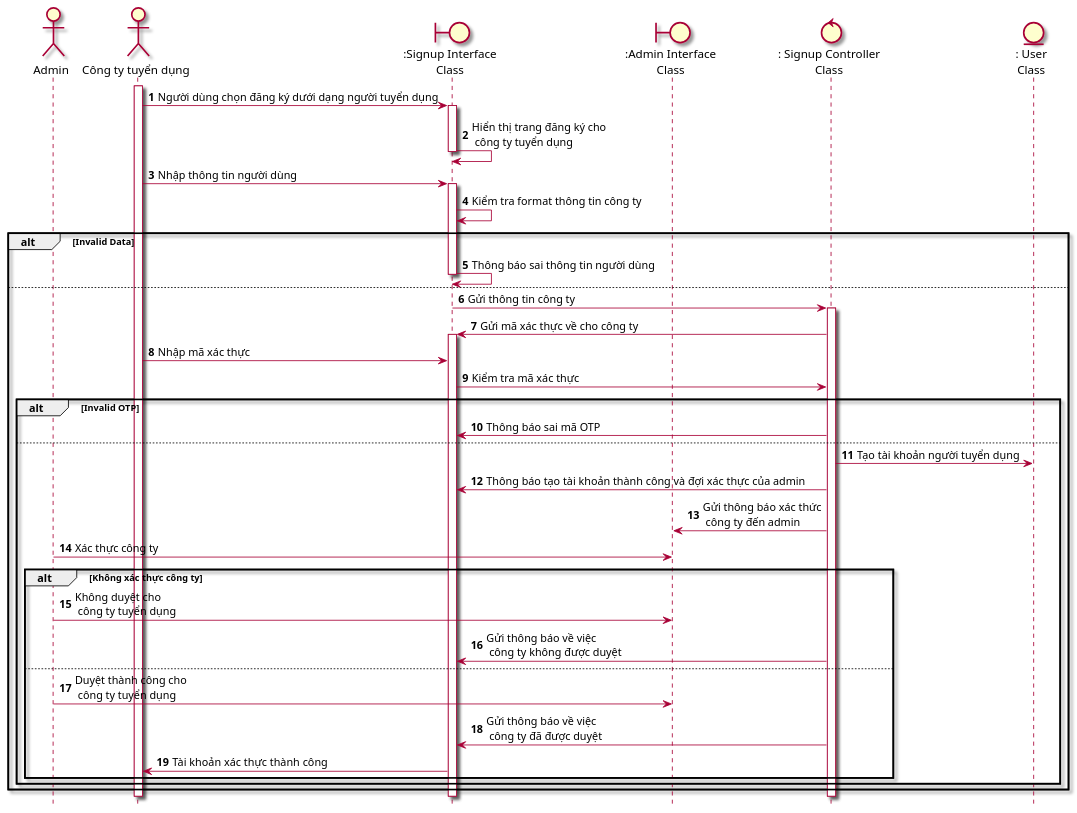
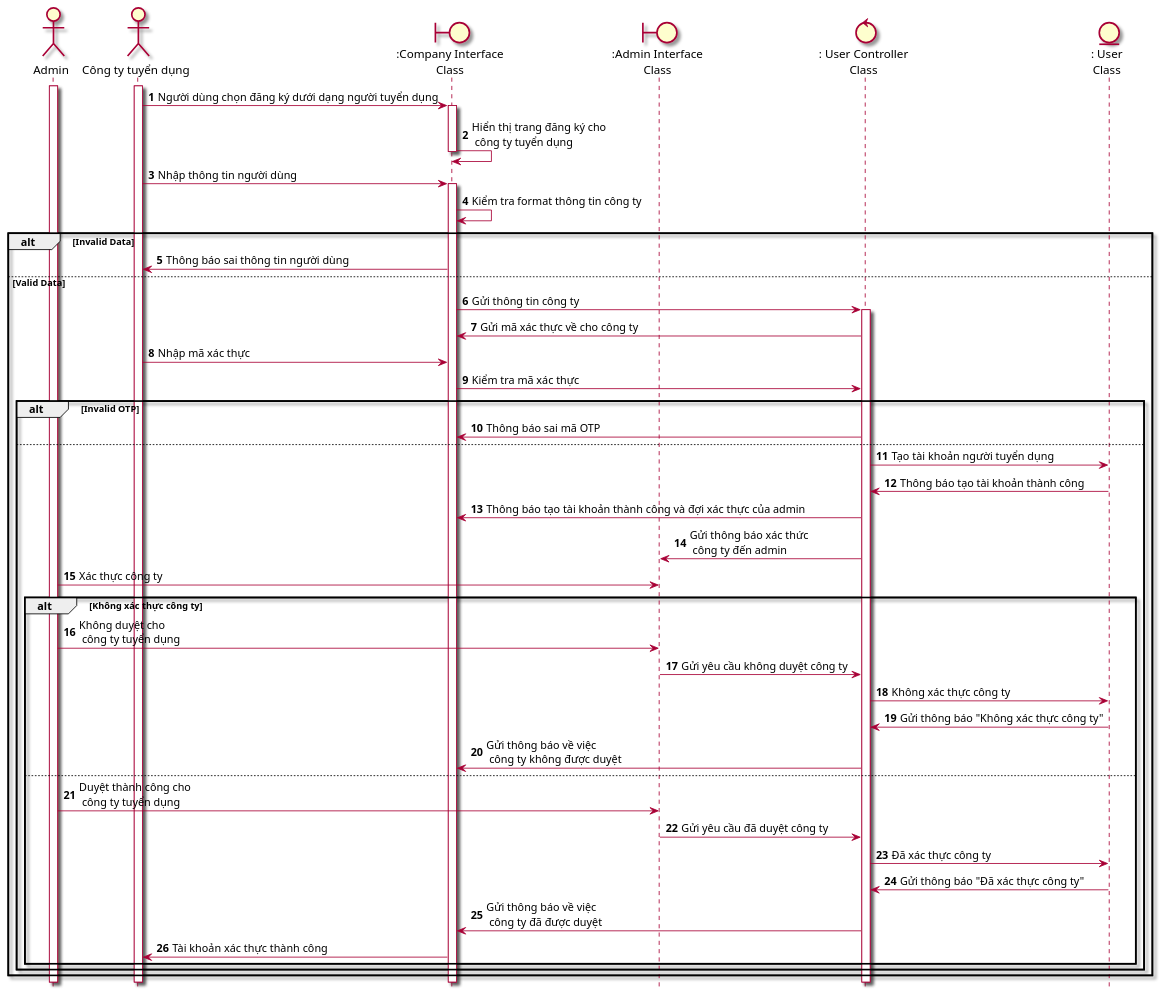
Before and after one commit to Griselda4774/EAS-EmploymentAssistanceSystem: the diagram in Lab1/Lab 1.2 Diagram/Sequence/FilePUML/1.2 SeqDangKy(CongTy).puml, drawn with PlantUML. The commit also changed 12 other files, not shown here.

```diff
--- a/Lab1/Lab 1.2 Diagram/Sequence/FilePUML/1.2 SeqDangKy(CongTy).puml
+++ b/Lab1/Lab 1.2 Diagram/Sequence/FilePUML/1.2 SeqDangKy(CongTy).puml
@@ -1,42 +1,50 @@
 @startuml SeqDangKyCongTy
 skin rose
 hide footbox
 actor admin as "Admin"
 actor congTy as "Công ty tuyển dụng"
-boundary ":Signup Interface\nClass" as signupInterface
+boundary ":Company Interface\nClass" as companyInterface
 boundary ":Admin Interface\nClass" as adminInteface
-control ": Signup Controller\nClass" as signupControl
-entity ": User\nClass" as user
+control ": User Controller\nClass" as userController
+entity User as ": User\nClass" 
 autonumber
 congTy++
-congTy -> signupInterface++ : Người dùng chọn đăng ký dưới dạng người tuyển dụng 
-signupInterface -> signupInterface-- : Hiển thị trang đăng ký cho\n công ty tuyển dụng
-congTy -> signupInterface++: Nhập thông tin người dùng
-signupInterface -> signupInterface: Kiểm tra format thông tin công ty
+admin++
+congTy -> companyInterface++ : Người dùng chọn đăng ký dưới dạng người tuyển dụng 
+companyInterface -> companyInterface-- : Hiển thị trang đăng ký cho\n công ty tuyển dụng
+congTy -> companyInterface++: Nhập thông tin người dùng
+companyInterface -> companyInterface: Kiểm tra format thông tin công ty
 
 alt Invalid Data
-    signupInterface ->signupInterface--: Thông báo sai thông tin người dùng
-else
-    signupInterface -> signupControl++: Gửi thông tin công ty
-    signupControl -> signupInterface++: Gửi mã xác thực về cho công ty
-    congTy -> signupInterface: Nhập mã xác thực 
-    signupInterface -> signupControl: Kiểm tra mã xác thực
+    companyInterface ->congTy: Thông báo sai thông tin người dùng
+else Valid Data
+    companyInterface -> userController++: Gửi thông tin công ty
+    userController -> companyInterface: Gửi mã xác thực về cho công ty
+    congTy -> companyInterface: Nhập mã xác thực 
+    companyInterface -> userController: Kiểm tra mã xác thực
     alt Invalid OTP
-        signupControl -> signupInterface : Thông báo sai mã OTP
+        userController -> companyInterface : Thông báo sai mã OTP
     else
-        signupControl -> user: Tạo tài khoản người tuyển dụng
-        signupControl -> signupInterface: Thông báo tạo tài khoản thành công và đợi xác thực của admin 
-        signupControl -> adminInteface: Gửi thông báo xác thức\n công ty đến admin
+        userController -> User: Tạo tài khoản người tuyển dụng
+        User -> userController: Thông báo tạo tài khoản thành công
+        userController -> companyInterface: Thông báo tạo tài khoản thành công và đợi xác thực của admin 
+        userController -> adminInteface: Gửi thông báo xác thức\n công ty đến admin
         admin -> adminInteface: Xác thực công ty
         alt Không xác thực công ty
         admin -> adminInteface: Không duyệt cho\n công ty tuyển dụng
-        signupControl -> signupInterface: Gửi thông báo về việc\n công ty không được duyệt
+        adminInteface -> userController: Gửi yêu cầu không duyệt công ty
+        userController -> User: Không xác thực công ty
+        User -> userController: Gửi thông báo "Không xác thực công ty"
+        userController -> companyInterface: Gửi thông báo về việc\n công ty không được duyệt
         else
         admin -> adminInteface: Duyệt thành công cho\n công ty tuyển dụng
-        signupControl -> signupInterface: Gửi thông báo về việc\n công ty đã được duyệt  
-        signupInterface -> congTy: Tài khoản xác thực thành công
+         adminInteface -> userController: Gửi yêu cầu đã duyệt công ty
+        userController -> User: Đã xác thực công ty
+        User -> userController: Gửi thông báo "Đã xác thực công ty"
+        userController -> companyInterface: Gửi thông báo về việc\n công ty đã được duyệt  
+        companyInterface -> congTy: Tài khoản xác thực thành công
 
         end
     end
 end
 @enduml
```
